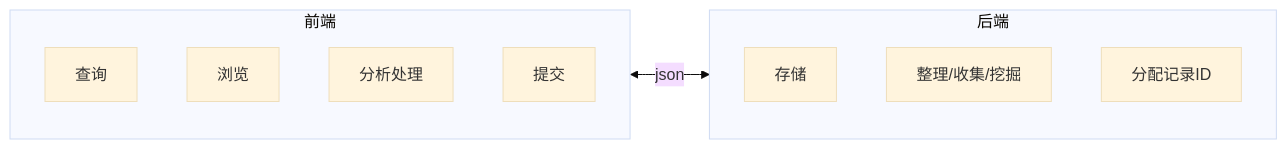
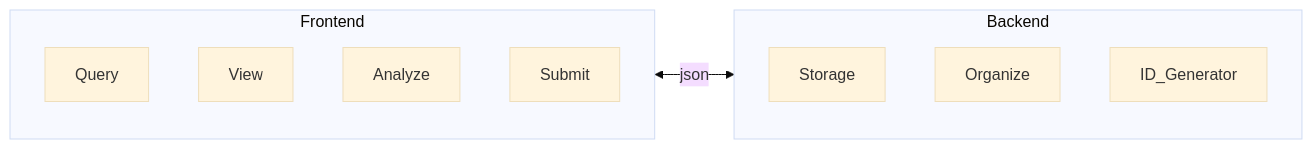
One commit to wpwupingwp/treehub changed the second of 4 diagrams in README.md. Above: the diagram before and after it, drawn with Mermaid. The commit also changed other lines of this file, not shown here.

Commit message:
pycharm do not support chinese in mermaid

````diff
--- a/README.md
+++ b/README.md
@@ -84,16 +84,16 @@
 ```mermaid
 %%{init: {'theme': 'base'}}%%
 flowchart LR
-    subgraph 前端
-        Query[查询]
-        View[浏览]
-        Analyze[分析处理]
-        Submit[提交]
+    subgraph Frontend
+        Query
+        View
+        Analyze
+        Submit
     end
-    subgraph 后端
-        Storage[存储]
-        Organize[整理/收集/挖掘]
-        ID_Generator[分配记录ID]
+    subgraph Backend
+        Storage
+        Organize
+        ID_Generator
     end
-    前端 <-->|json| 后端
+    Frontend <-->|json| Backend
 ```
````
